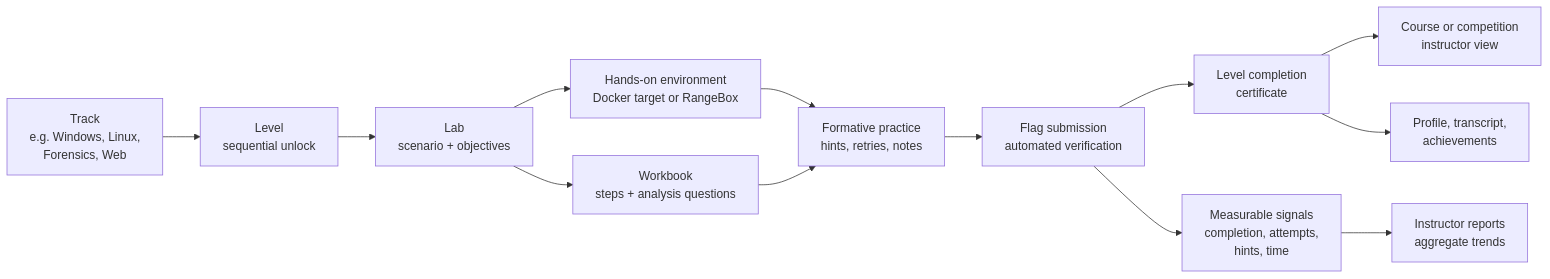
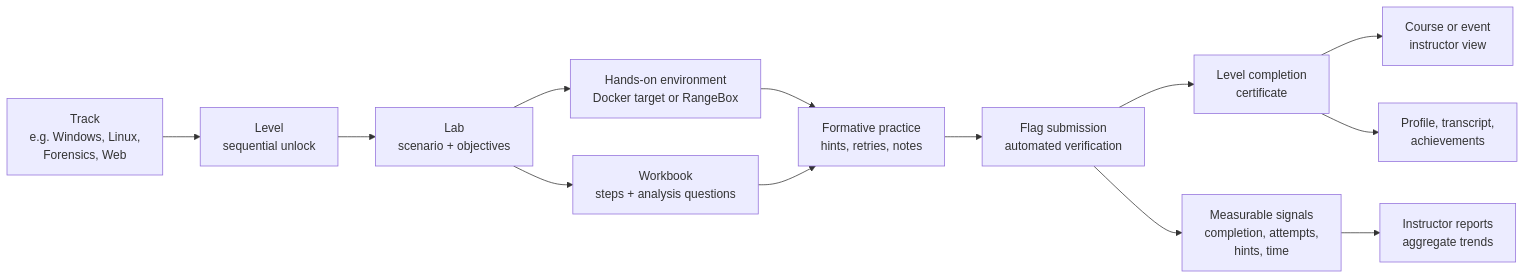
The first of 2 diagrams in docs/LEARNING-FRAMEWORK.md (RobChaykoski/opencyberrange), drawn with Mermaid before and after one commit. The commit also changed other lines of this file and 14 other files, not shown here.

````diff
--- a/docs/LEARNING-FRAMEWORK.md
+++ b/docs/LEARNING-FRAMEWORK.md
@@ -8,15 +8,15 @@
 ```mermaid
 flowchart LR
     T["Track<br/>e.g. Windows, Linux,<br/>Forensics, Web"] --> L["Level<br/>sequential unlock"]
     L --> LB["Lab<br/>scenario + objectives"]
     LB --> ENV["Hands-on environment<br/>Docker target or RangeBox"]
     LB --> WB["Workbook<br/>steps + analysis questions"]
     ENV --> PRACTICE["Formative practice<br/>hints, retries, notes"]
     WB --> PRACTICE
     PRACTICE --> FLAG["Flag submission<br/>automated verification"]
     FLAG --> COMPLETE["Level completion<br/>certificate"]
-    COMPLETE --> COURSE["Course or competition<br/>instructor view"]
+    COMPLETE --> COURSE["Course or event<br/>instructor view"]
     COMPLETE --> PROFILE["Profile, transcript,<br/>achievements"]
     FLAG --> SIGNALS["Measurable signals<br/>completion, attempts,<br/>hints, time"]
     SIGNALS --> REPORT["Instructor reports<br/>aggregate trends"]
 ```
````
